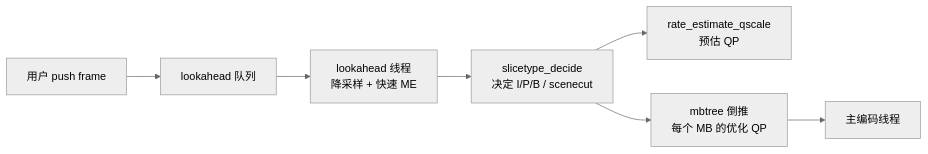
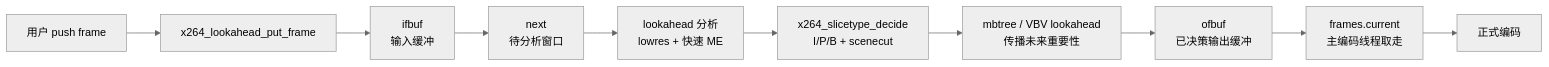
The tenth of 11 diagrams in 最新版x264源码深入浅出-从工业级编码器到性能榨取.md (bertowang/StudyNotes), drawn with Mermaid (neutral theme) before and after one commit. The commit also changed other lines of this file, not shown here.

````diff
--- a/最新版x264源码深入浅出-从工业级编码器到性能榨取.md
+++ b/最新版x264源码深入浅出-从工业级编码器到性能榨取.md
@@ -301,9 +2336,12 @@
 ```mermaid
 flowchart LR
-    User["用户 push frame"] --> Q["lookahead 队列"]
-    Q --> LA["lookahead 线程<br/>降采样 + 快速 ME"]
-    LA --> ST["slicetype_decide<br/>决定 I/P/B / scenecut"]
-    ST --> RC["rate_estimate_qscale<br/>预估 QP"]
-    ST --> MBT["mbtree 倒推<br/>每个 MB 的优化 QP"]
-    MBT --> Main["主编码线程"]
+    User["用户 push frame"] --> Put["x264_lookahead_put_frame"]
+    Put --> IF["ifbuf<br/>输入缓冲"]
+    IF --> Next["next<br/>待分析窗口"]
+    Next --> LA["lookahead 分析<br/>lowres + 快速 ME"]
+    LA --> ST["x264_slicetype_decide<br/>I/P/B + scenecut"]
+    ST --> MBT["mbtree / VBV lookahead<br/>传播未来重要性"]
+    MBT --> OF["ofbuf<br/>已决策输出缓冲"]
+    OF --> Cur["frames.current<br/>主编码线程取走"]
+    Cur --> Main["正式编码"]
 ```
````
